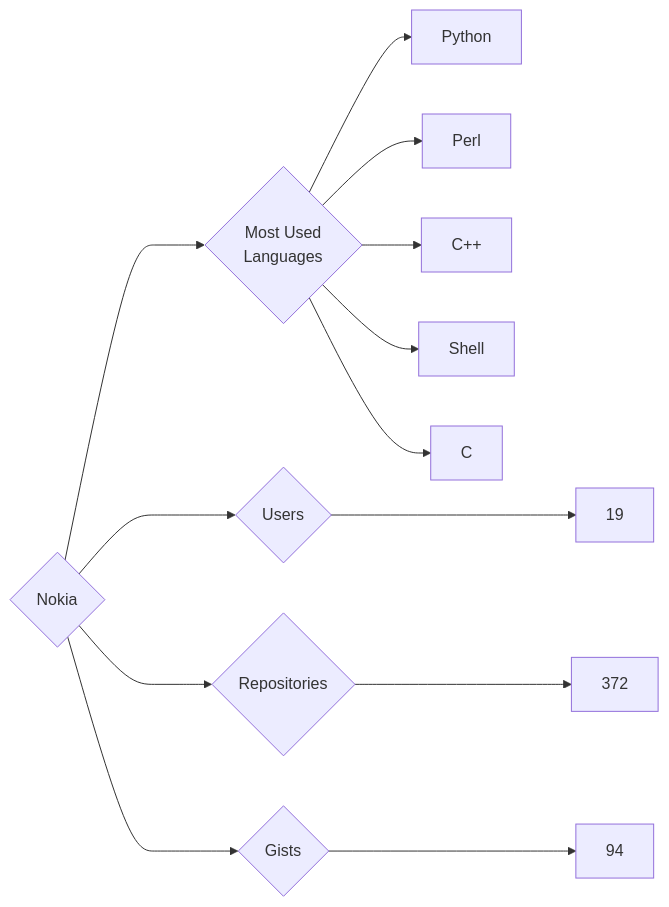
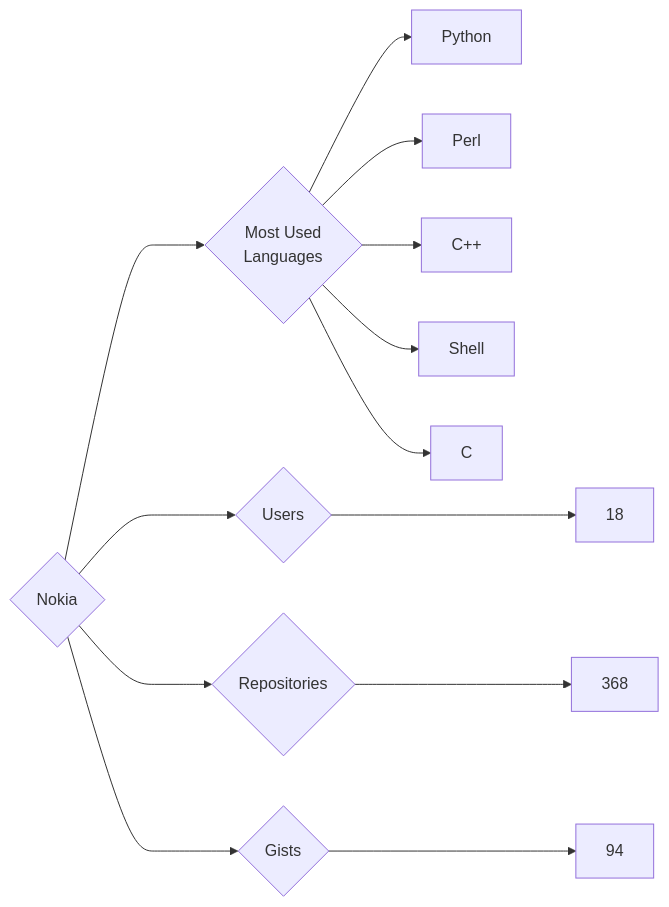
One commit to trickest/insiders changed the diagram in targets/Nokia/README.md. Above: the diagram before and after it, drawn with Mermaid. The commit also changed 964 other files, not shown here.

````diff
--- a/targets/Nokia/README.md
+++ b/targets/Nokia/README.md
@@ -3,13 +3,13 @@
 ```mermaid
 graph LR
 COMPANY_NAME{Nokia}
-COMPANY_NAME ---> U{Users} ---> UN[19]
-COMPANY_NAME ---> R{Repositories} ---> RN[372]
+COMPANY_NAME ---> U{Users} ---> UN[18]
+COMPANY_NAME ---> R{Repositories} ---> RN[368]
 COMPANY_NAME ---> G{Gists} ---> GN[94]
 COMPANY_NAME ---> ML{Most Used<br>Languages}
 ML --> Python[Python]
 ML --> Perl[Perl]
 ML --> C++[C++]
 ML --> Shell[Shell]
 ML --> C[C]
 ```
````
